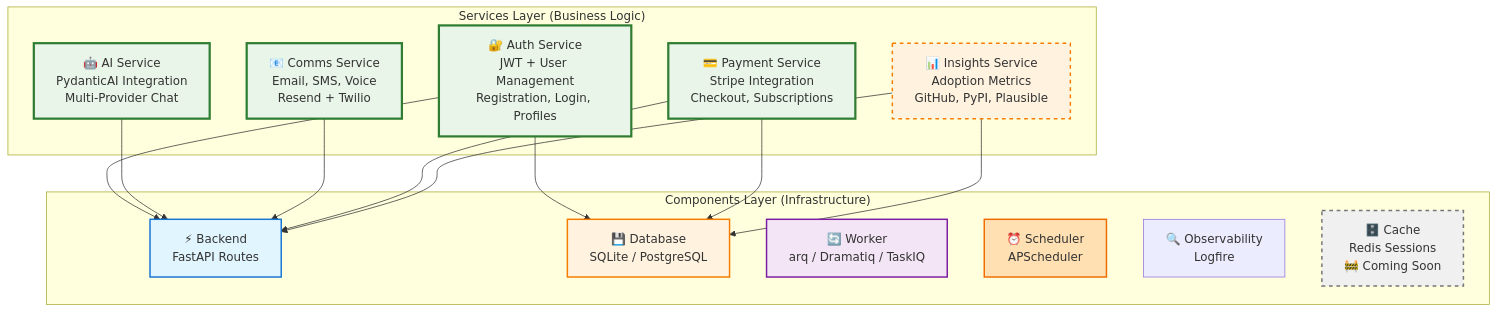
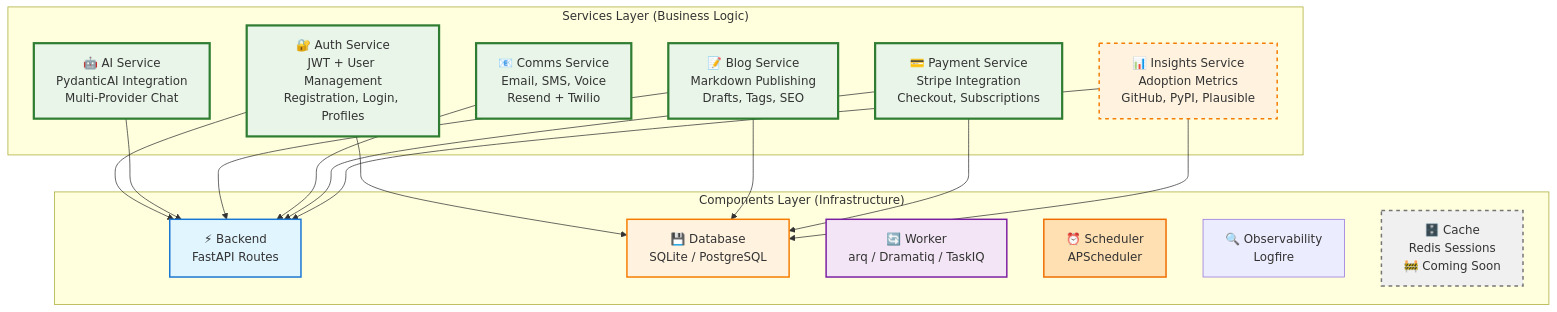
One commit to bhardwajRahul/aegis-stack changed the first of 4 diagrams in docs/services/index.md. Above: the diagram before and after it, drawn with Mermaid. The commit also changed other lines of this file and 94 other files, not shown here.

Commit message:
Blog Service

````diff
--- a/docs/services/index.md
+++ b/docs/services/index.md
@@ -11,39 +11,43 @@
 ```mermaid
 graph TB
     subgraph "Services Layer (Business Logic)"
         Auth[🔐 Auth Service<br/>JWT + User Management<br/>Registration, Login, Profiles]
         AI[🤖 AI Service<br/>PydanticAI Integration<br/>Multi-Provider Chat]
+        Blog[📝 Blog Service<br/>Markdown Publishing<br/>Drafts, Tags, SEO]
         Comms[📧 Comms Service<br/>Email, SMS, Voice<br/>Resend + Twilio]
         Payment[💳 Payment Service<br/>Stripe Integration<br/>Checkout, Subscriptions]
         Insights[📊 Insights Service<br/>Adoption Metrics<br/>GitHub, PyPI, Plausible]
     end
 
     subgraph "Components Layer (Infrastructure)"
         Backend[⚡ Backend<br/>FastAPI Routes]
         Database[💾 Database<br/>SQLite / PostgreSQL]
         Worker[🔄 Worker<br/>arq / Dramatiq / TaskIQ]
         Scheduler[⏰ Scheduler<br/>APScheduler]
         Observability[🔍 Observability<br/>Logfire]
         Cache[🗄️ Cache<br/>Redis Sessions<br/>🚧 Coming Soon]
     end
 
     Auth --> Backend
     Auth --> Database
     AI --> Backend
+    Blog --> Backend
+    Blog --> Database
     Comms --> Backend
     Payment --> Backend
     Payment --> Database
     Insights --> Backend
     Insights --> Database
 
     style Auth fill:#e8f5e8,stroke:#2e7d32,stroke-width:3px
     style AI fill:#e8f5e8,stroke:#2e7d32,stroke-width:3px
+    style Blog fill:#e8f5e8,stroke:#2e7d32,stroke-width:3px
     style Comms fill:#e8f5e8,stroke:#2e7d32,stroke-width:3px
     style Payment fill:#e8f5e8,stroke:#2e7d32,stroke-width:3px
     style Insights fill:#fff3e0,stroke:#f57c00,stroke-width:2px,stroke-dasharray: 5 5
     style Backend fill:#e1f5fe,stroke:#1976d2,stroke-width:2px
     style Database fill:#fff3e0,stroke:#f57c00,stroke-width:2px
     style Worker fill:#f3e5f5,stroke:#7b1fa2,stroke-width:2px
     style Scheduler fill:#ffe0b2,stroke:#ef6c00,stroke-width:2px
     style Cache fill:#f0f0f0,stroke:#757575,stroke-width:2px,stroke-dasharray: 5 5
 ```
````
